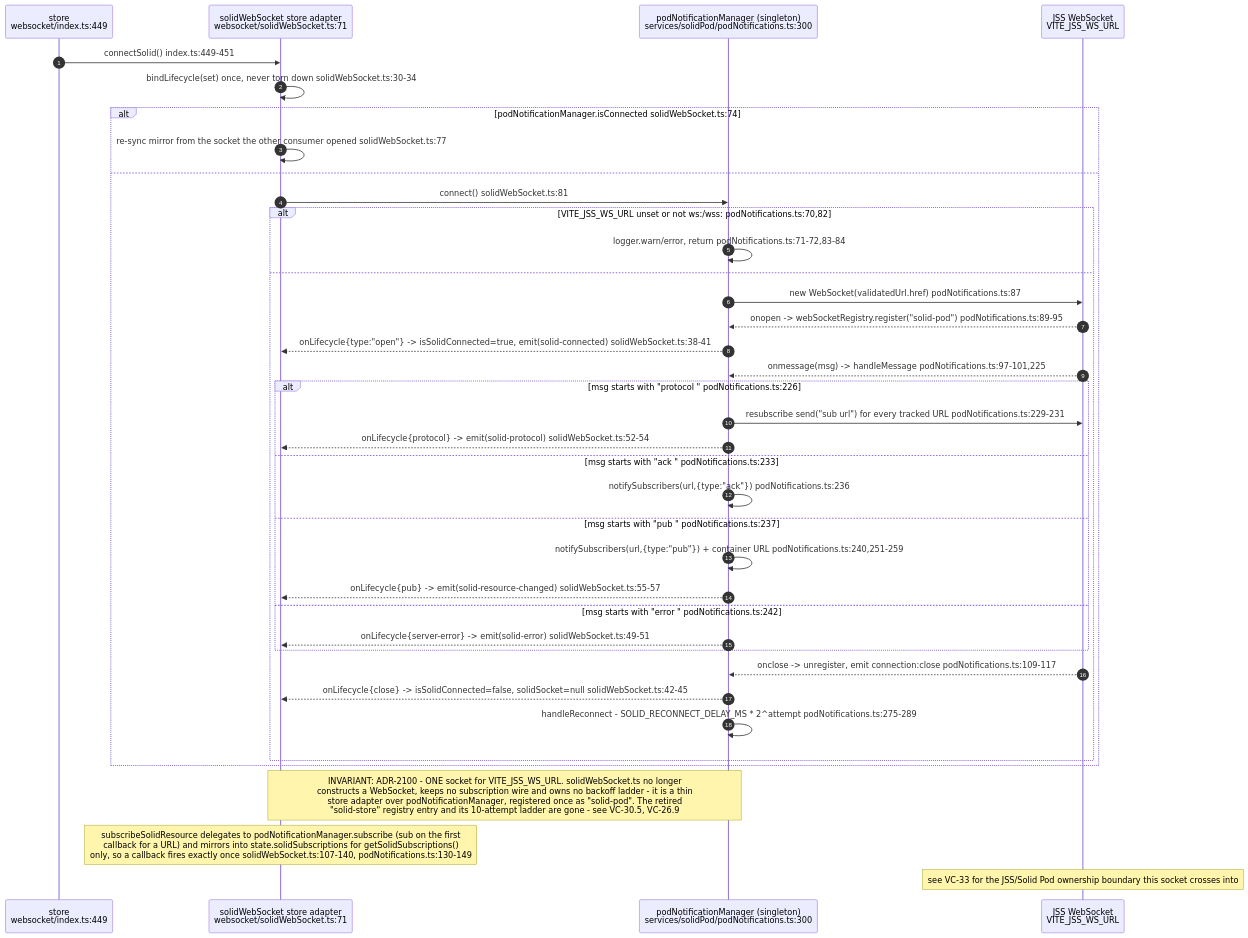
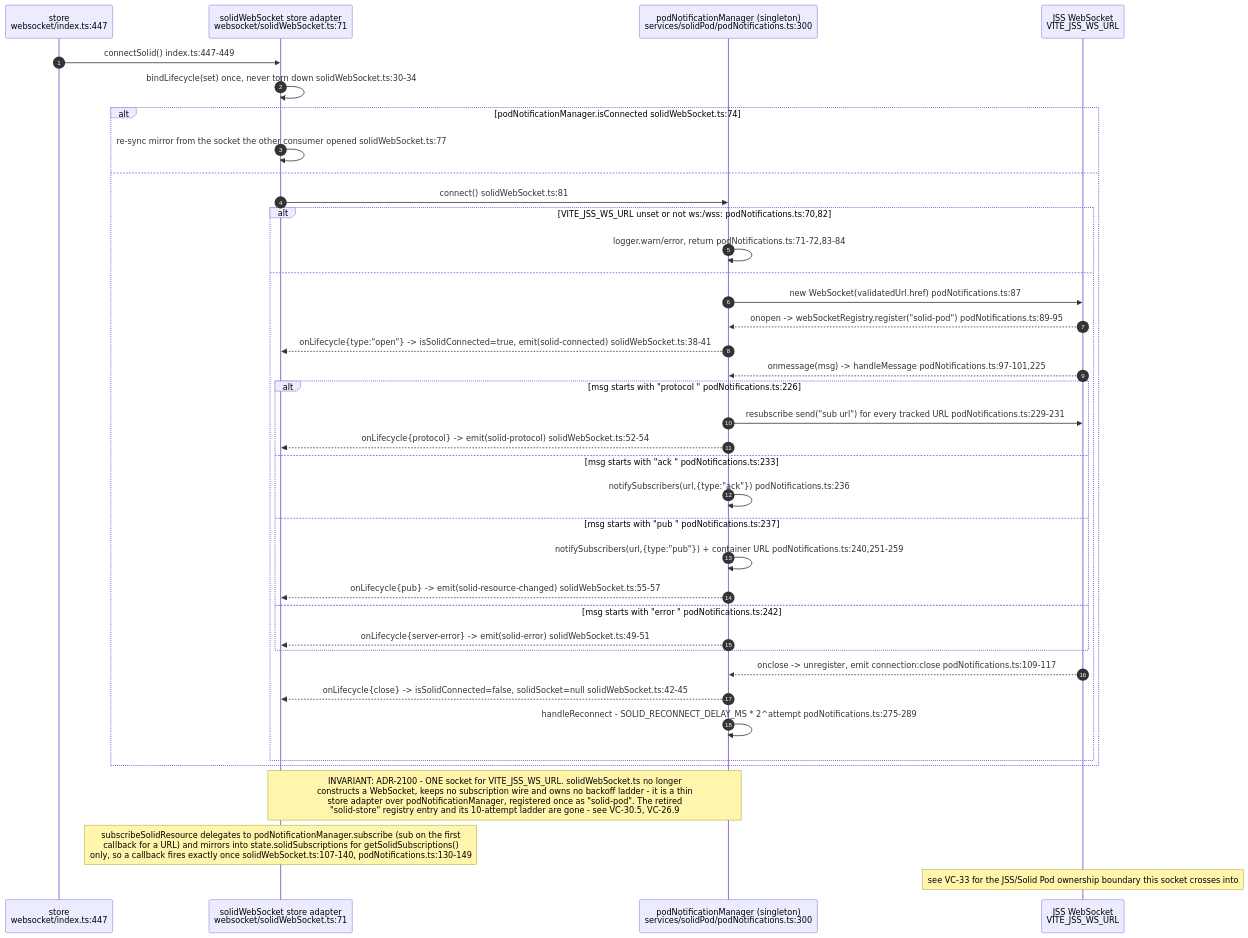
Before and after one commit to DreamLab-AI/VisionFlow: diagram 13 of 13 in docs/diagrams/visionclaw/32-client-websocket-and-binary.md, drawn with Mermaid. The commit also changed other lines of this file and 4 other files, not shown here.

Commit message:
docs(diagrams): re-verify visionclaw 13 and 32 against project HEAD

````diff
--- a/docs/diagrams/visionclaw/32-client-websocket-and-binary.md
+++ b/docs/diagrams/visionclaw/32-client-websocket-and-binary.md
@@ -461,41 +530,41 @@
 ```mermaid
 sequenceDiagram
     autonumber
-    participant C as store<br/>websocket/index.ts:449
+    participant C as store<br/>websocket/index.ts:447
     participant SW as solidWebSocket store adapter<br/>websocket/solidWebSocket.ts:71
     participant PN as podNotificationManager (singleton)<br/>services/solidPod/podNotifications.ts:300
     participant JSS as JSS WebSocket<br/>VITE_JSS_WS_URL
 
-    C->>SW: connectSolid() index.ts:449-451
+    C->>SW: connectSolid() index.ts:447-449
     SW->>SW: bindLifecycle(set) once, never torn down solidWebSocket.ts:30-34
     alt podNotificationManager.isConnected solidWebSocket.ts:74
         SW->>SW: re-sync mirror from the socket the other consumer opened solidWebSocket.ts:77
     else
         SW->>PN: connect() solidWebSocket.ts:81
         alt VITE_JSS_WS_URL unset or not ws:/wss: podNotifications.ts:70,82
             PN->>PN: logger.warn/error, return podNotifications.ts:71-72,83-84
         else
             PN->>JSS: new WebSocket(validatedUrl.href) podNotifications.ts:87
             JSS-->>PN: onopen -> webSocketRegistry.register("solid-pod") podNotifications.ts:89-95
             PN-->>SW: onLifecycle{type:"open"} -> isSolidConnected=true, emit(solid-connected) solidWebSocket.ts:38-41
             JSS-->>PN: onmessage(msg) -> handleMessage podNotifications.ts:97-101,225
             alt msg starts with "protocol " podNotifications.ts:226
                 PN->>JSS: resubscribe send("sub url") for every tracked URL podNotifications.ts:229-231
                 PN-->>SW: onLifecycle{protocol} -> emit(solid-protocol) solidWebSocket.ts:52-54
             else msg starts with "ack " podNotifications.ts:233
                 PN->>PN: notifySubscribers(url,{type:"ack"}) podNotifications.ts:236
             else msg starts with "pub " podNotifications.ts:237
                 PN->>PN: notifySubscribers(url,{type:"pub"}) + container URL podNotifications.ts:240,251-259
                 PN-->>SW: onLifecycle{pub} -> emit(solid-resource-changed) solidWebSocket.ts:55-57
             else msg starts with "error " podNotifications.ts:242
                 PN-->>SW: onLifecycle{server-error} -> emit(solid-error) solidWebSocket.ts:49-51
             end
             JSS-->>PN: onclose -> unregister, emit connection:close podNotifications.ts:109-117
             PN-->>SW: onLifecycle{close} -> isSolidConnected=false, solidSocket=null solidWebSocket.ts:42-45
             PN->>PN: handleReconnect - SOLID_RECONNECT_DELAY_MS * 2^attempt podNotifications.ts:275-289
         end
     end
     Note over SW,PN: INVARIANT: ADR-2100 - ONE socket for VITE_JSS_WS_URL. solidWebSocket.ts no longer<br/>constructs a WebSocket, keeps no subscription wire and owns no backoff ladder - it is a thin<br/>store adapter over podNotificationManager, registered once as "solid-pod". The retired<br/>"solid-store" registry entry and its 10-attempt ladder are gone - see VC-30.5, VC-26.9
     Note over SW: subscribeSolidResource delegates to podNotificationManager.subscribe (sub on the first<br/>callback for a URL) and mirrors into state.solidSubscriptions for getSolidSubscriptions()<br/>only, so a callback fires exactly once solidWebSocket.ts:107-140, podNotifications.ts:130-149
     Note over JSS: see VC-33 for the JSS/Solid Pod ownership boundary this socket crosses into
 ```
````
